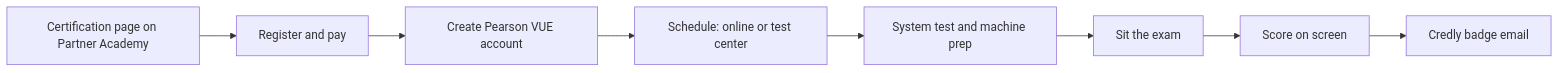
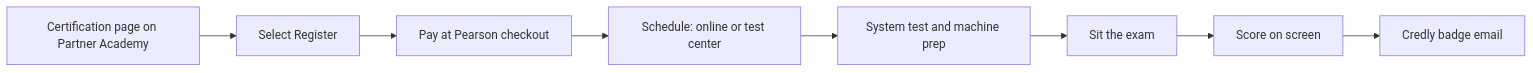
One commit to Amey-Thakur/CLAUDE-CERTIFICATIONS changed the first of 3 diagrams in guide/registration.md. Above: the diagram before and after it, drawn with Mermaid. The commit also changed other lines of this file and 1 other file, not shown here.

Commit message:
Claude Certifications

````diff
--- a/guide/registration.md
+++ b/guide/registration.md
@@ -7,10 +7,10 @@
 ```mermaid
 flowchart LR
-    A[Certification page on Partner Academy] --> B[Register and pay]
-    B --> C[Create Pearson VUE account]
+    A[Certification page on Partner Academy] --> B[Select Register]
+    B --> C[Pay at Pearson checkout]
     C --> D[Schedule: online or test center]
     D --> E[System test and machine prep]
     E --> F[Sit the exam]
     F --> G[Score on screen]
     G --> H[Credly badge email]
 ```
````
